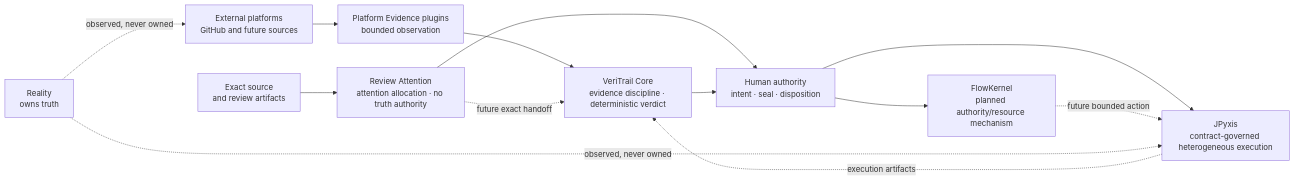
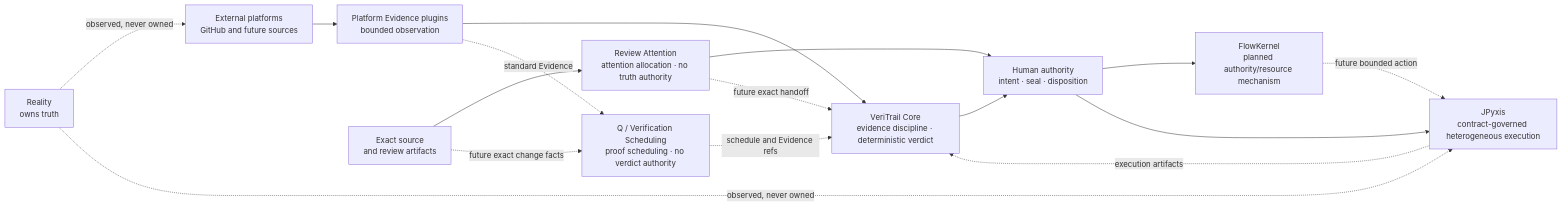
The diagram in docs/114-capability-boundary-and-system-map.md (NoctilumeDev/VeriTrail), drawn with Mermaid before and after one commit. The commit also changed other lines of this file and 5 other files, not shown here.

Commit message:
docs: define Q0 verification scheduling boundary

````diff
--- a/docs/114-capability-boundary-and-system-map.md
+++ b/docs/114-capability-boundary-and-system-map.md
@@ -118,22 +130,26 @@
 ```mermaid
 flowchart LR
     REALITY["Reality<br/>owns truth"]
     HUMAN["Human authority<br/>intent · seal · disposition"]
     FLOW["FlowKernel<br/>planned authority/resource mechanism"]
     JPYXIS["JPyxis<br/>contract-governed heterogeneous execution"]
     PLATFORM["External platforms<br/>GitHub and future sources"]
     PPLUGIN["Platform Evidence plugins<br/>bounded observation"]
     CORE["VeriTrail Core<br/>evidence discipline · deterministic verdict"]
     REVIEW["Review Attention<br/>attention allocation · no truth authority"]
+    QUICK["Q / Verification Scheduling<br/>proof scheduling · no verdict authority"]
 
     HUMAN --> FLOW
     HUMAN --> JPYXIS
     FLOW -. "future bounded action" .-> JPYXIS
     JPYXIS -. "execution artifacts" .-> CORE
     PLATFORM --> PPLUGIN --> CORE
     SOURCE["Exact source<br/>and review artifacts"] --> REVIEW --> HUMAN
     REVIEW -. "future exact handoff" .-> CORE
+    SOURCE -. "future exact change facts" .-> QUICK
+    PPLUGIN -. "standard Evidence" .-> QUICK
+    QUICK -. "schedule and Evidence refs" .-> CORE
     CORE --> HUMAN
     REALITY -. "observed, never owned" .-> PLATFORM
     REALITY -. "observed, never owned" .-> JPYXIS
 ```
````
